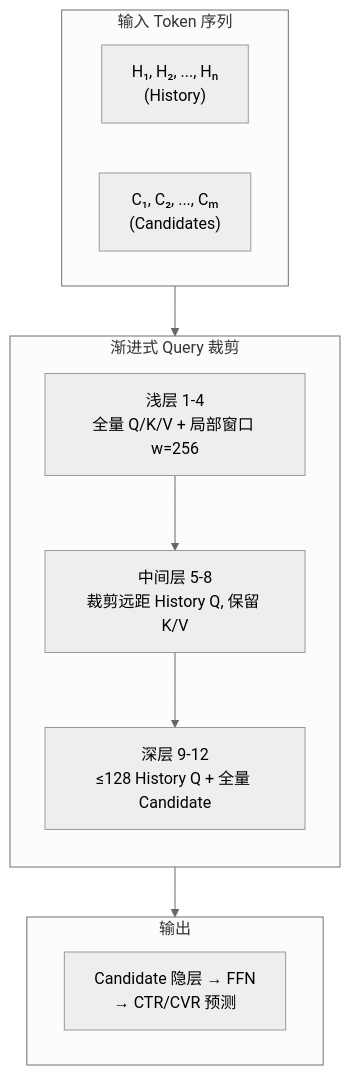
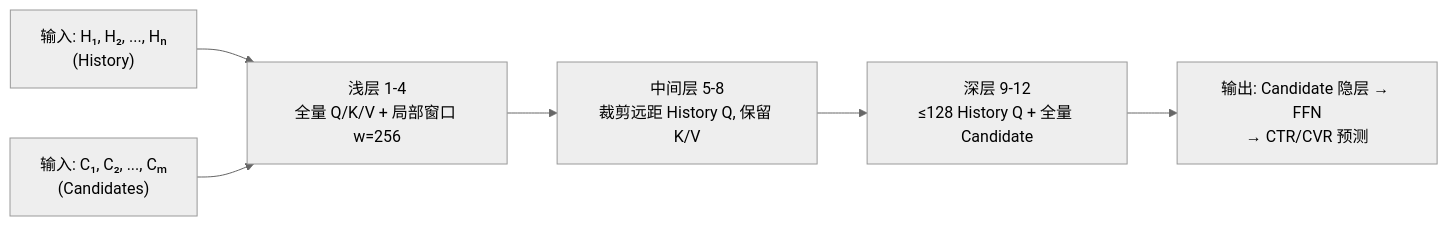
Before and after one commit to bansheng/bansheng.github.io: the fourth of 5 diagrams in content/blog/posts/011_sort_paper_review/index.md, drawn with Mermaid (neutral theme). The commit also changed other lines of this file and 160 other files, not shown here.

```diff
--- a/content/blog/posts/011_sort_paper_review/index.md
+++ b/content/blog/posts/011_sort_paper_review/index.md
@@ -275,22 +256,14 @@
 {{< mermaid >}}
-graph TD
-    subgraph Input ["输入 Token 序列"]
-        direction LR
-        H["H₁, H₂, ..., Hₙ<br/>(History)"]
-        C["C₁, C₂, ..., Cₘ<br/>(Candidates)"]
-    end
+graph LR
+    H["输入: H₁, H₂, ..., Hₙ<br/>(History)"]
+    C["输入: C₁, C₂, ..., Cₘ<br/>(Candidates)"]
+    L1["浅层 1-4<br/>全量 Q/K/V + 局部窗口 w=256"]
+    L2["中间层 5-8<br/>裁剪远距 History Q, 保留 K/V"]
+    L3["深层 9-12<br/>≤128 History Q + 全量 Candidate"]
+    O["输出: Candidate 隐层 → FFN<br/>→ CTR/CVR 预测"]
 
-    subgraph Layers ["渐进式 Query 裁剪"]
-        direction TB
-        L1["浅层 1-4<br/>全量 Q/K/V + 局部窗口 w=256"]
-        L2["中间层 5-8<br/>裁剪远距 History Q, 保留 K/V"]
-        L3["深层 9-12<br/>≤128 History Q + 全量 Candidate"]
-        L1 --> L2 --> L3
-    end
-
-    subgraph Output ["输出"]
-        O["Candidate 隐层 → FFN<br/>→ CTR/CVR 预测"]
-    end
-
-    Input --> Layers --> Output
+    H --> L1
+    C --> L1
+    L1 --> L2 --> L3
+    L3 --> O
 {{< /mermaid >}}
```
